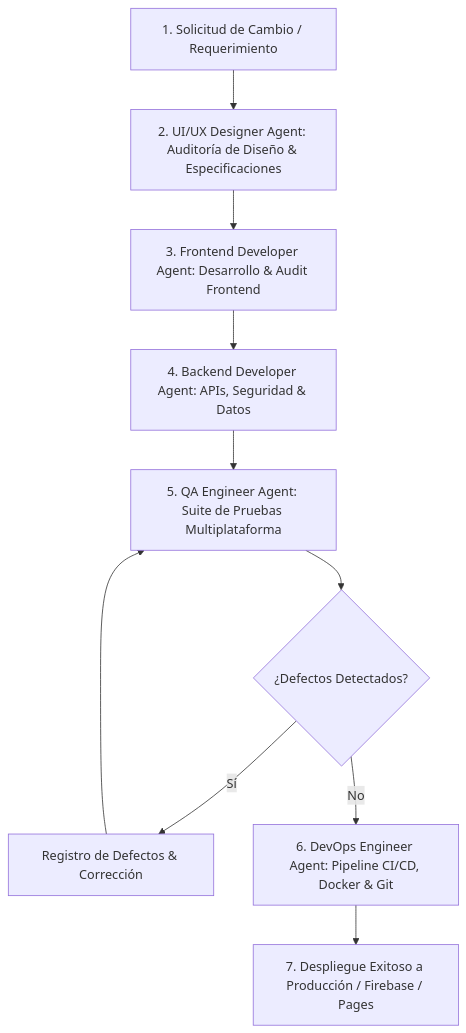
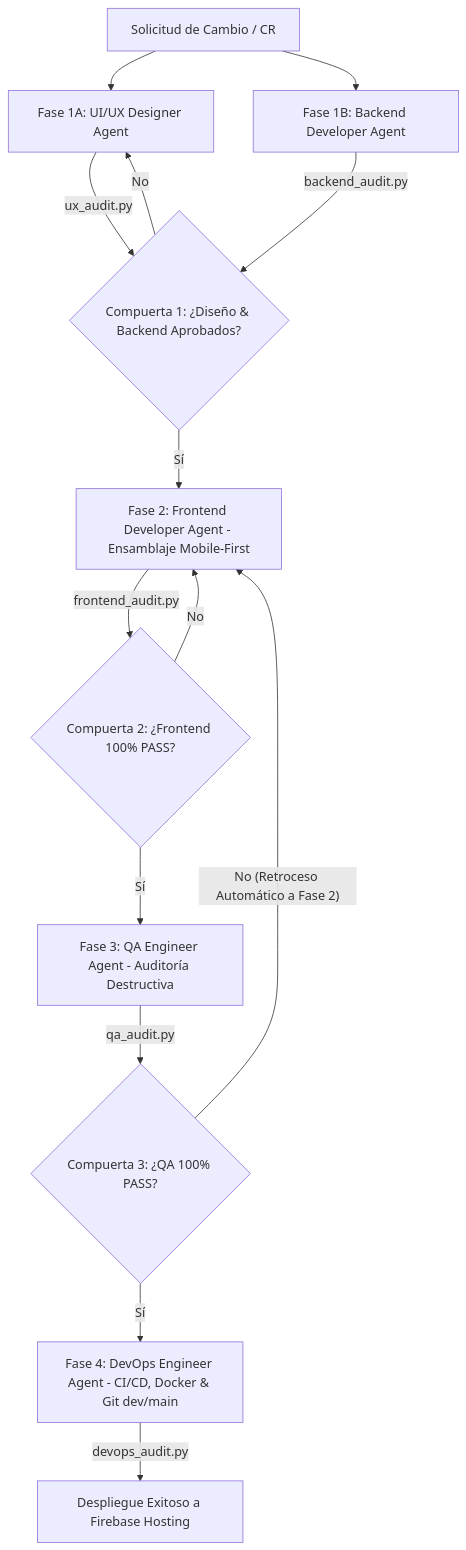
Before and after one commit to fibarra2378/WebRioJaneiro: the diagram in .agents/AGENTS.md, drawn with Mermaid. The commit also changed other lines of this file and 4 other files, not shown here.

````diff
--- a/.agents/AGENTS.md
+++ b/.agents/AGENTS.md
@@ -18,12 +25,16 @@
 ```mermaid
 graph TD
-    A[1. Solicitud de Cambio / Requerimiento] --> B[2. UI/UX Designer Agent: Auditoría de Diseño & Especificaciones]
-    B --> C[3. Frontend Developer Agent: Desarrollo & Audit Frontend]
-    C --> D[4. Backend Developer Agent: APIs, Seguridad & Datos]
-    D --> E[5. QA Engineer Agent: Suite de Pruebas Multiplataforma]
-    E --> F{¿Defectos Detectados?}
-    F -- Sí --> G[Registro de Defectos & Corrección]
-    G --> E
-    F -- No --> H[6. DevOps Engineer Agent: Pipeline CI/CD, Docker & Git]
-    H --> I[7. Despliegue Exitoso a Producción / Firebase / Pages]
+    A[Solicitud de Cambio / CR] --> B1[Fase 1A: UI/UX Designer Agent]
+    A --> B2[Fase 1B: Backend Developer Agent]
+    B1 -->|ux_audit.py| C{Compuerta 1: ¿Diseño & Backend Aprobados?}
+    B2 -->|backend_audit.py| C
+    C -- Sí --> D[Fase 2: Frontend Developer Agent - Ensamblaje Mobile-First]
+    C -- No --> B1
+    D -->|frontend_audit.py| E{Compuerta 2: ¿Frontend 100% PASS?}
+    E -- No --> D
+    E -- Sí --> F[Fase 3: QA Engineer Agent - Auditoría Destructiva]
+    F -->|qa_audit.py| G{Compuerta 3: ¿QA 100% PASS?}
+    G -- No (Retroceso Automático a Fase 2) --> D
+    G -- Sí --> H[Fase 4: DevOps Engineer Agent - CI/CD, Docker & Git dev/main]
+    H -->|devops_audit.py| I[Despliegue Exitoso a Firebase Hosting]
 ```
````
